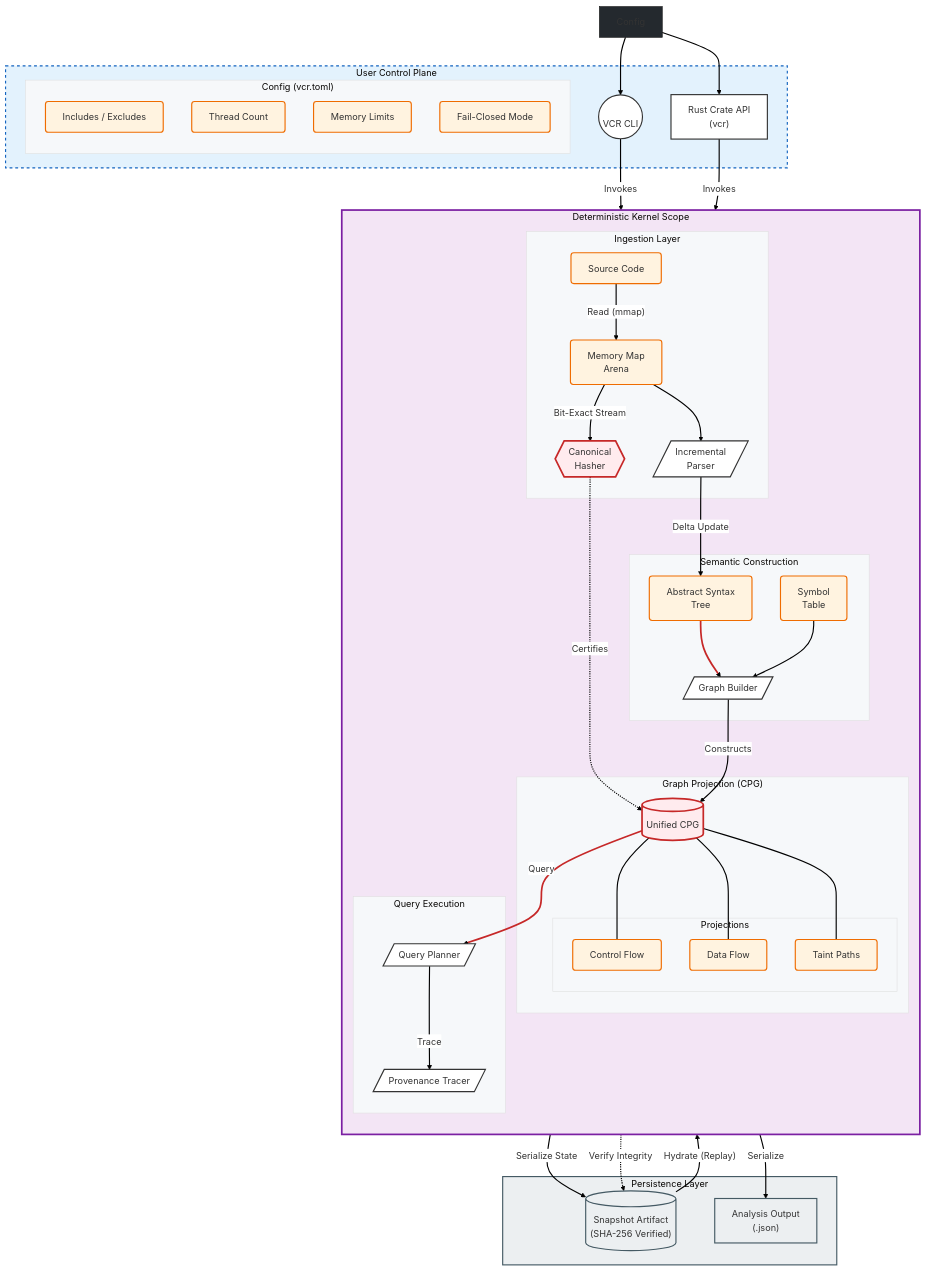
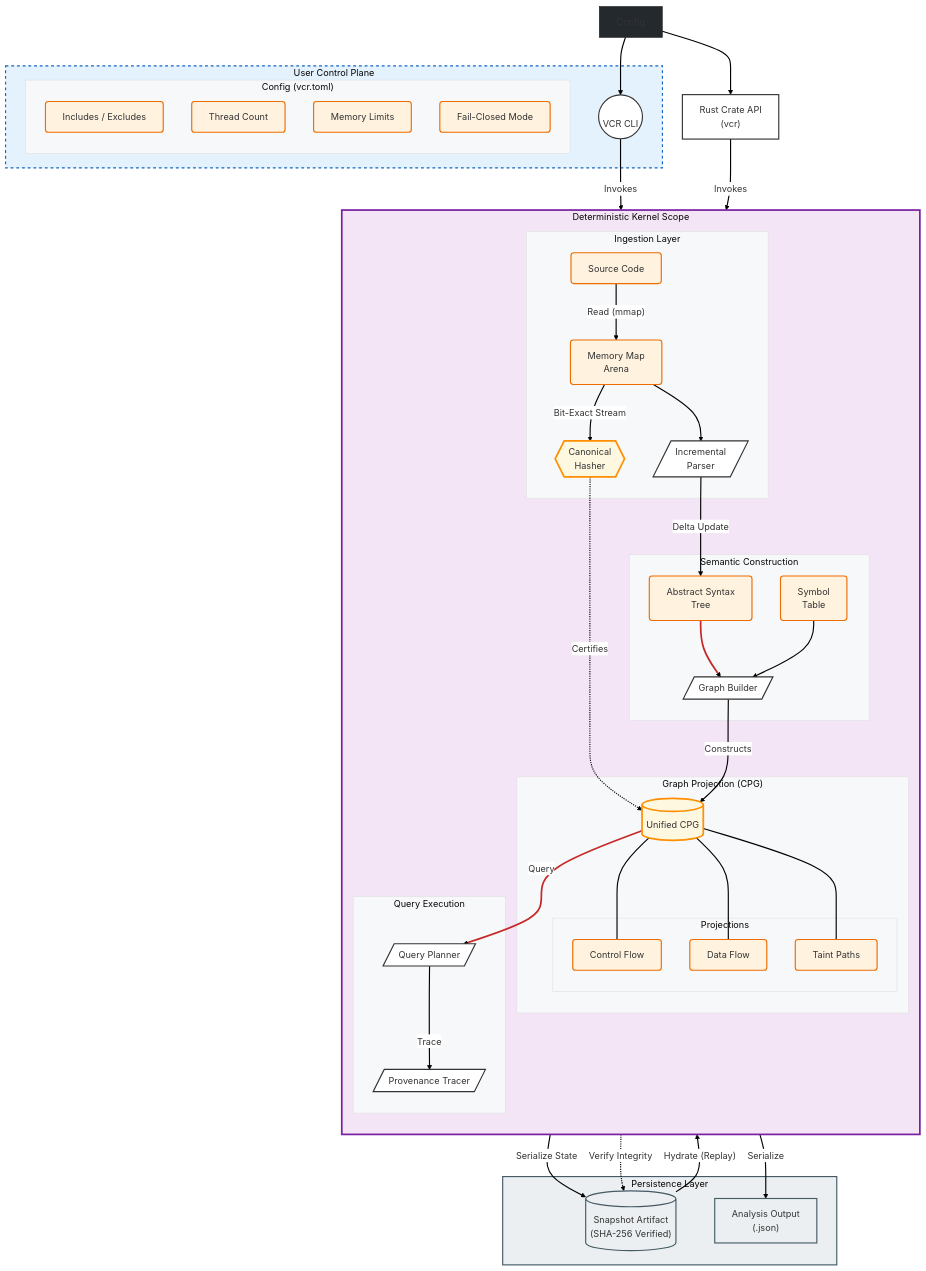
The diagram in docs/ARCHITECTURE.md (varshith-Git/vcr), drawn with Mermaid before and after one commit.

Commit message:
Docs: Refined Architecture Diagram Styling
- Moved 'Rust Crate API' node visually below User Control Plane box
- Changed 'Critical' node color from pink (#ffebee) to amber (#fff8e1) per feedback
- Improved diagram legibility.

```diff
--- a/docs/ARCHITECTURE.md
+++ b/docs/ARCHITECTURE.md
@@ -18,12 +18,11 @@
     
     classDef process fill:#ffffff,stroke:#333,stroke-width:2px,color:#333;
     classDef data fill:#fff3e0,stroke:#ef6c00,stroke-width:2px,rx:5,ry:5;
-    classDef critical fill:#ffebee,stroke:#c62828,stroke-width:3px;
+    classDef critical fill:#fff8e1,stroke:#ff8f00,stroke-width:3px;
 
     %% --- User Space (Control Plane) ---
     subgraph UserSpace ["User Control Plane"]
         CLI(("\n    VCR CLI    \n")):::process
-        Lib["Rust Crate API\n(vcr)"]:::process
         
         subgraph ConfigScope ["Config (vcr.toml)"]
             direction TB
@@ -33,6 +32,8 @@
             Params4["Fail-Closed Mode"]:::data
         end
     end
+    
+    Lib["Rust Crate API\n(vcr)"]:::process
 
     %% --- Kernel Space (Data Plane) ---
     subgraph KernelSpace ["Deterministic Kernel Scope"]
```
